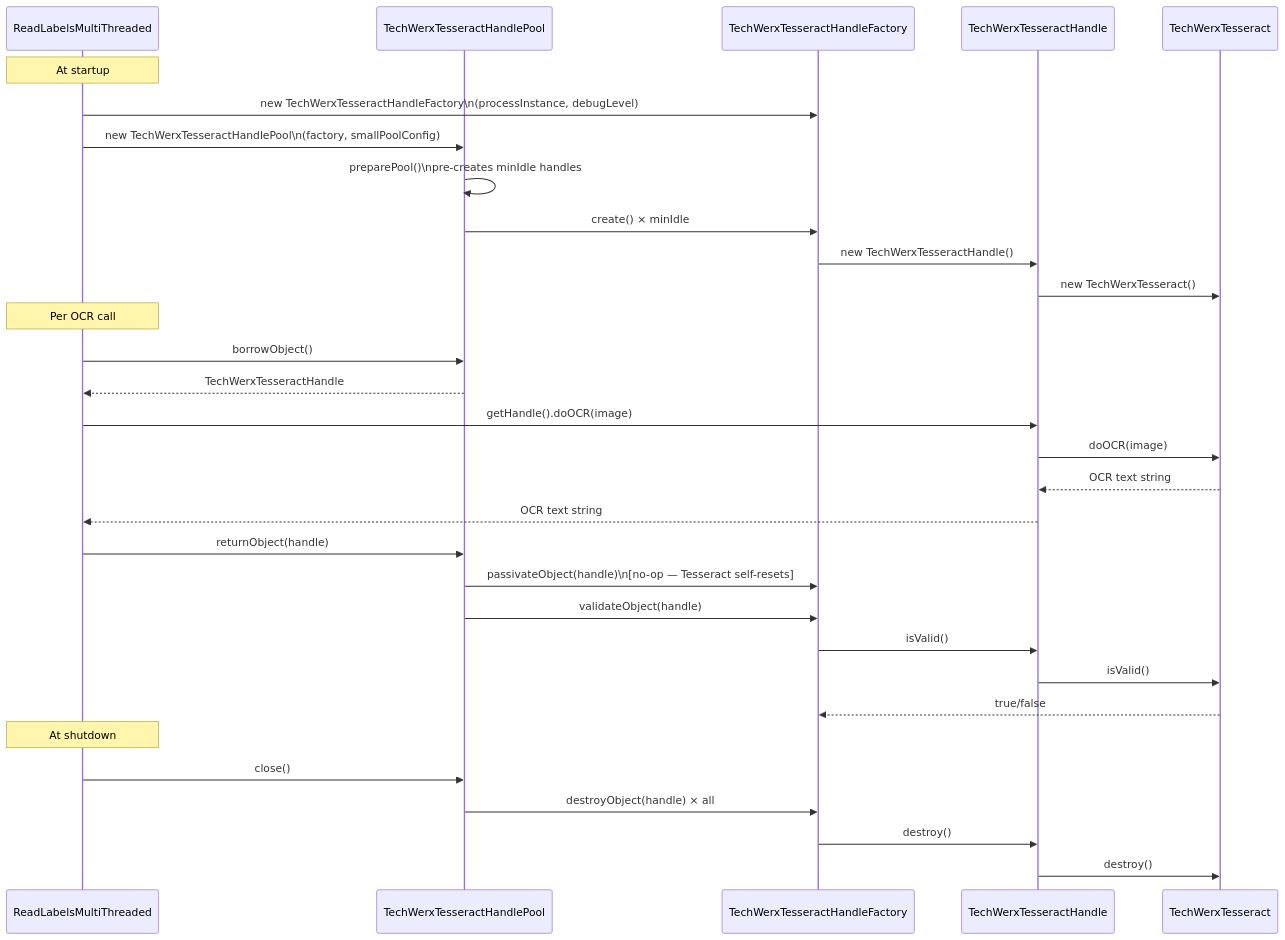
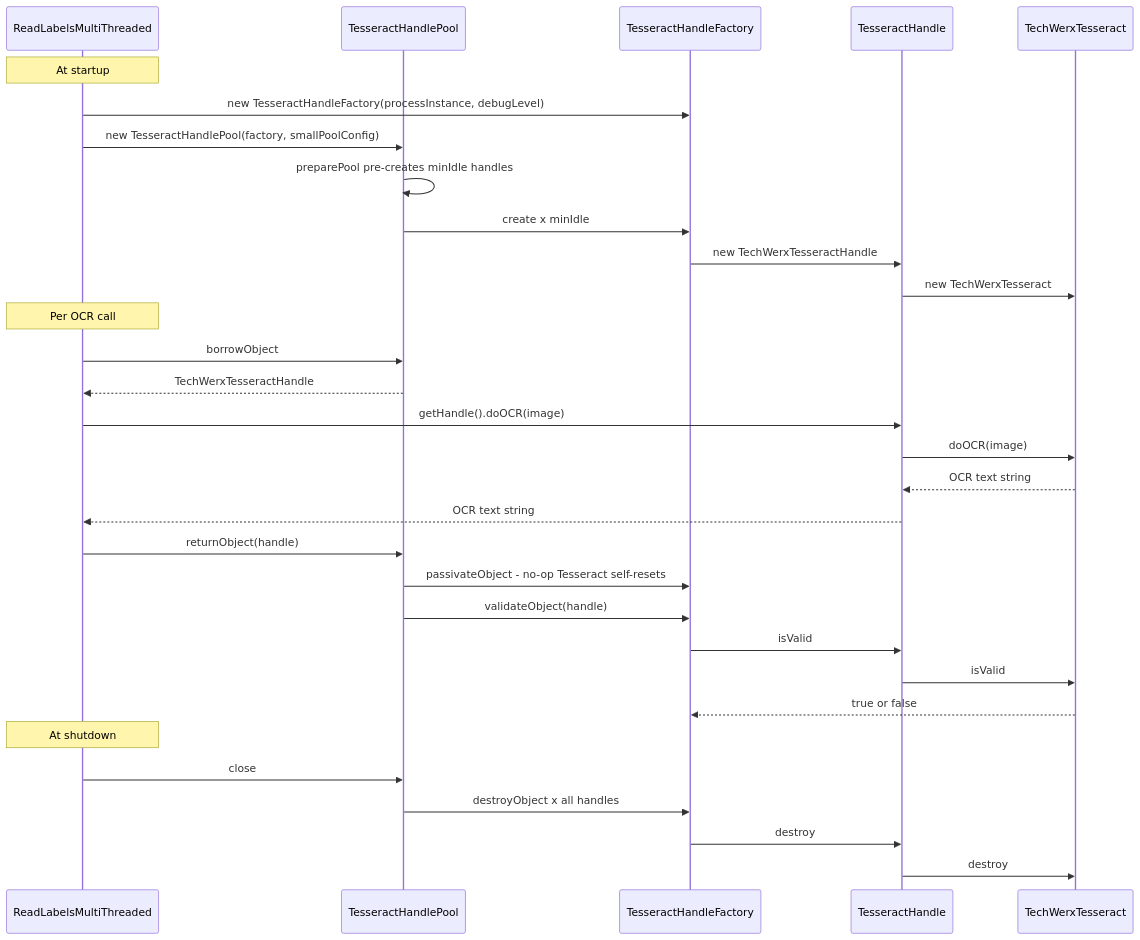
Before and after one commit to UBags/KitchenwarePackagingCompliance: the ninth of 15 diagrams in ReadMe.md, drawn with Mermaid. The commit also changed other lines of this file, not shown here.

````diff
--- a/ReadMe.md
+++ b/ReadMe.md
@@ -556,36 +494,36 @@
 ```mermaid
 sequenceDiagram
     participant RLM as ReadLabelsMultiThreaded
-    participant POOL as TechWerxTesseractHandlePool
-    participant FACT as TechWerxTesseractHandleFactory
-    participant HDL as TechWerxTesseractHandle
+    participant POOL as TesseractHandlePool
+    participant FACT as TesseractHandleFactory
+    participant HDL as TesseractHandle
     participant TESS as TechWerxTesseract
 
-    Note over RLM: At startup
-    RLM->>FACT: new TechWerxTesseractHandleFactory\n(processInstance, debugLevel)
-    RLM->>POOL: new TechWerxTesseractHandlePool\n(factory, smallPoolConfig)
-    POOL->>POOL: preparePool()\npre-creates minIdle handles
-    POOL->>FACT: create() × minIdle
-    FACT->>HDL: new TechWerxTesseractHandle()
-    HDL->>TESS: new TechWerxTesseract()
+    note over RLM: At startup
+    RLM->>FACT: new TesseractHandleFactory(processInstance, debugLevel)
+    RLM->>POOL: new TesseractHandlePool(factory, smallPoolConfig)
+    POOL->>POOL: preparePool pre-creates minIdle handles
+    POOL->>FACT: create x minIdle
+    FACT->>HDL: new TechWerxTesseractHandle
+    HDL->>TESS: new TechWerxTesseract
 
-    Note over RLM: Per OCR call
-    RLM->>POOL: borrowObject()
+    note over RLM: Per OCR call
+    RLM->>POOL: borrowObject
     POOL-->>RLM: TechWerxTesseractHandle
     RLM->>HDL: getHandle().doOCR(image)
     HDL->>TESS: doOCR(image)
     TESS-->>HDL: OCR text string
     HDL-->>RLM: OCR text string
     RLM->>POOL: returnObject(handle)
-    POOL->>FACT: passivateObject(handle)\n[no-op — Tesseract self-resets]
+    POOL->>FACT: passivateObject - no-op Tesseract self-resets
     POOL->>FACT: validateObject(handle)
-    FACT->>HDL: isValid()
-    HDL->>TESS: isValid()
-    TESS-->>FACT: true/false
+    FACT->>HDL: isValid
+    HDL->>TESS: isValid
+    TESS-->>FACT: true or false
 
-    Note over RLM: At shutdown
-    RLM->>POOL: close()
-    POOL->>FACT: destroyObject(handle) × all
-    FACT->>HDL: destroy()
-    HDL->>TESS: destroy()
+    note over RLM: At shutdown
+    RLM->>POOL: close
+    POOL->>FACT: destroyObject x all handles
+    FACT->>HDL: destroy
+    HDL->>TESS: destroy
 ```
````
